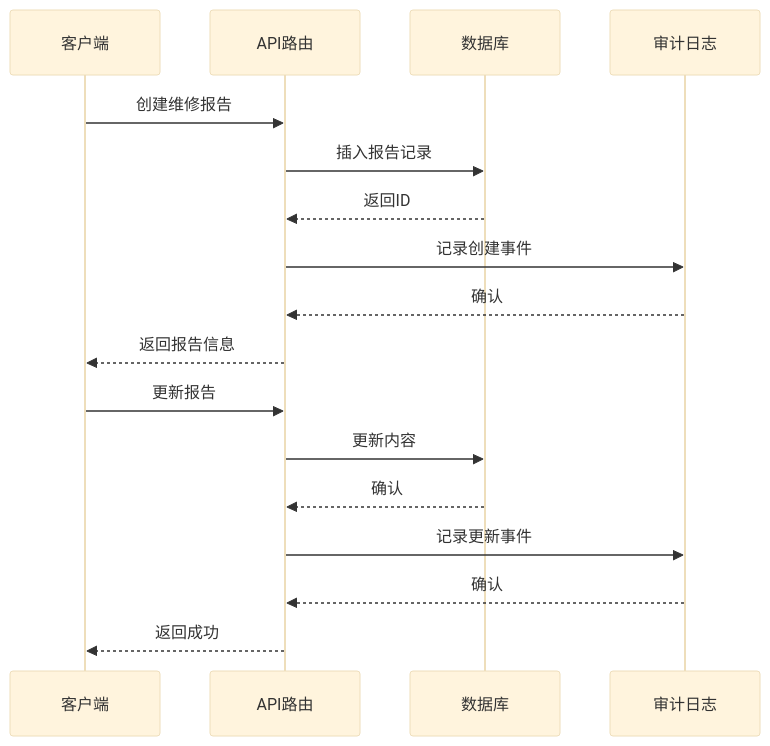
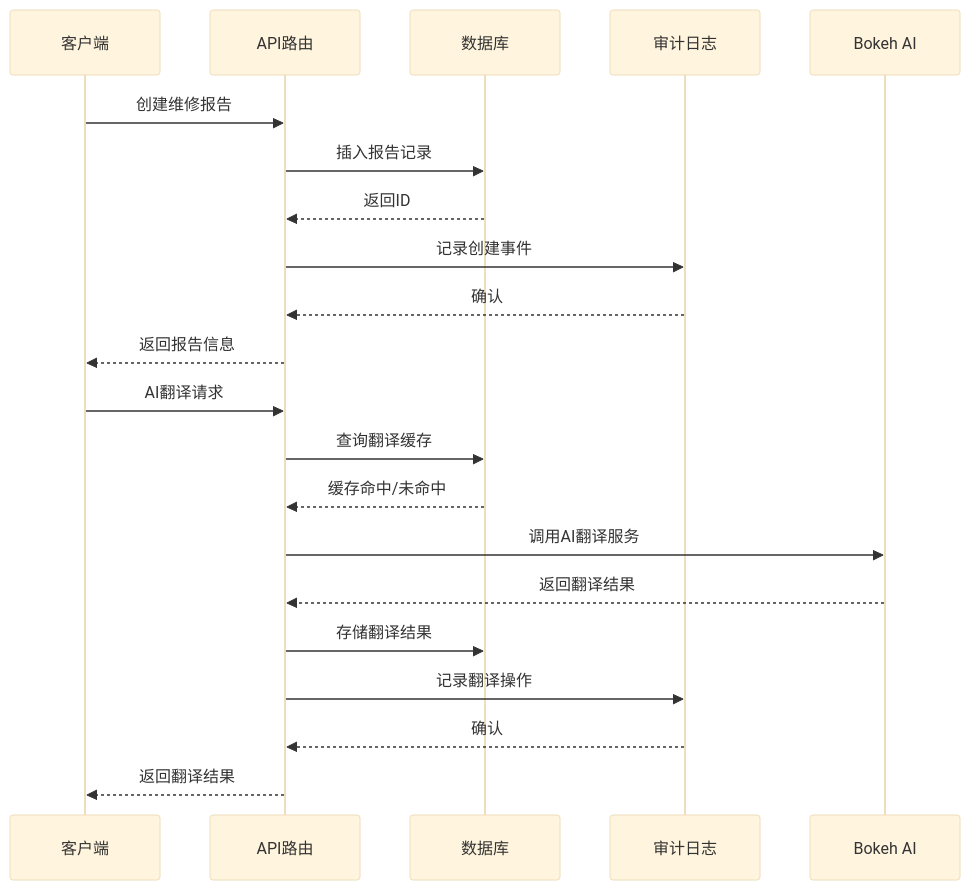
One commit to CubeEdge/Longhorn changed the fifth of 40 diagrams in .qoder/repowiki/zh/content/Repair Report Editor Component.md. Above: the diagram before and after it, drawn with Mermaid (base theme). The commit also changed other lines of this file and 53 other files, not shown here.

````diff
--- a/.qoder/repowiki/zh/content/Repair Report Editor Component.md
+++ b/.qoder/repowiki/zh/content/Repair Report Editor Component.md
@@ -195,19 +300,23 @@
 ```mermaid
 sequenceDiagram
 participant Client as 客户端
 participant API as API路由
 participant DB as 数据库
 participant Audit as 审计日志
+participant Bokeh as Bokeh AI
 Client->>API : 创建维修报告
 API->>DB : 插入报告记录
 DB-->>API : 返回ID
 API->>Audit : 记录创建事件
 Audit-->>API : 确认
 API-->>Client : 返回报告信息
-Client->>API : 更新报告
-API->>DB : 更新内容
-DB-->>API : 确认
-API->>Audit : 记录更新事件
+Client->>API : AI翻译请求
+API->>DB : 查询翻译缓存
+DB-->>API : 缓存命中/未命中
+API->>Bokeh : 调用AI翻译服务
+Bokeh-->>API : 返回翻译结果
+API->>DB : 存储翻译结果
+API->>Audit : 记录翻译操作
 Audit-->>API : 确认
-API-->>Client : 返回成功
+API-->>Client : 返回翻译结果
 ```
````
